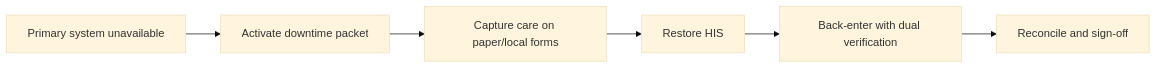
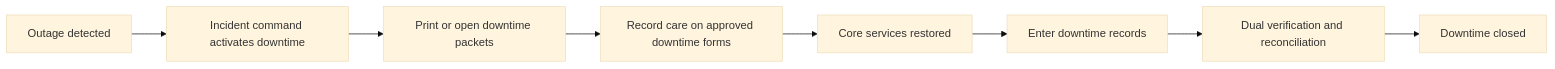
Before and after one commit to 0Ankit0/Project-Ideas: the diagram in Hospital Information System/edge-cases/downtime-mode.md, drawn with Mermaid (base theme). The commit also changed other lines of this file and 18 other files, not shown here.

````diff
--- a/Hospital Information System/edge-cases/downtime-mode.md
+++ b/Hospital Information System/edge-cases/downtime-mode.md
@@ -35,8 +13,10 @@
 ```mermaid
 flowchart LR
-    D1[Primary system unavailable] --> D2[Activate downtime packet]
-    D2 --> D3[Capture care on paper/local forms]
-    D3 --> D4[Restore HIS]
-    D4 --> D5[Back-enter with dual verification]
-    D5 --> D6[Reconcile and sign-off]
+    Outage[Outage detected] --> Command[Incident command activates downtime]
+    Command --> Packet[Print or open downtime packets]
+    Packet --> Capture[Record care on approved downtime forms]
+    Capture --> Restore[Core services restored]
+    Restore --> BackEntry[Enter downtime records]
+    BackEntry --> Verify[Dual verification and reconciliation]
+    Verify --> Close[Downtime closed]
 ```
````
